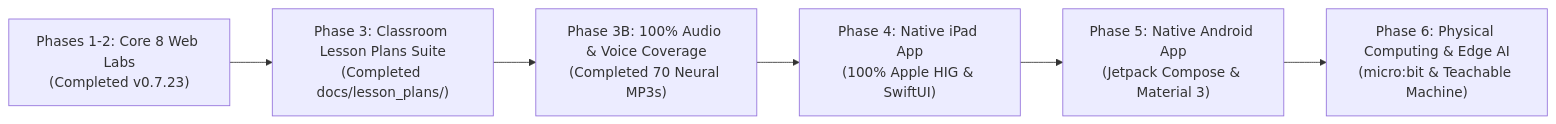
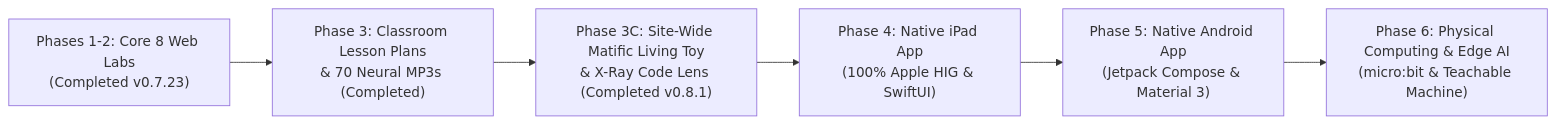
The diagram in ROADMAP.md (omerninyo/zenlab), drawn with Mermaid before and after one commit. The commit also changed other lines of this file and 3 other files, not shown here.

First line of the commit message:
docs(roadmap,rfc): synchronize ROADMAP (EN/HE) to v0.8.1 and add RFC 004 for Matific Living Toy & X-Ray Code Lens

````diff
--- a/ROADMAP.md
+++ b/ROADMAP.md
@@ -13,8 +13,8 @@
 ```mermaid
 flowchart LR
-    P1["Phases 1-2: Core 8 Web Labs\n(Completed v0.7.23)"] --> P3["Phase 3: Classroom Lesson Plans Suite\n(Completed docs/lesson_plans/)"]
-    P3 --> P3B["Phase 3B: 100% Audio & Voice Coverage\n(Completed 70 Neural MP3s)"]
-    P3B --> P4["Phase 4: Native iPad App\n(100% Apple HIG & SwiftUI)"]
+    P1["Phases 1-2: Core 8 Web Labs\n(Completed v0.7.23)"] --> P3["Phase 3: Classroom Lesson Plans\n& 70 Neural MP3s (Completed)"]
+    P3 --> P3C["Phase 3C: Site-Wide Matific Living Toy\n& X-Ray Code Lens (Completed v0.8.1)"]
+    P3C --> P4["Phase 4: Native iPad App\n(100% Apple HIG & SwiftUI)"]
     P4 --> P5["Phase 5: Native Android App\n(Jetpack Compose & Material 3)"]
     P5 --> P6["Phase 6: Physical Computing & Edge AI\n(micro:bit & Teachable Machine)"]
 ```
````
